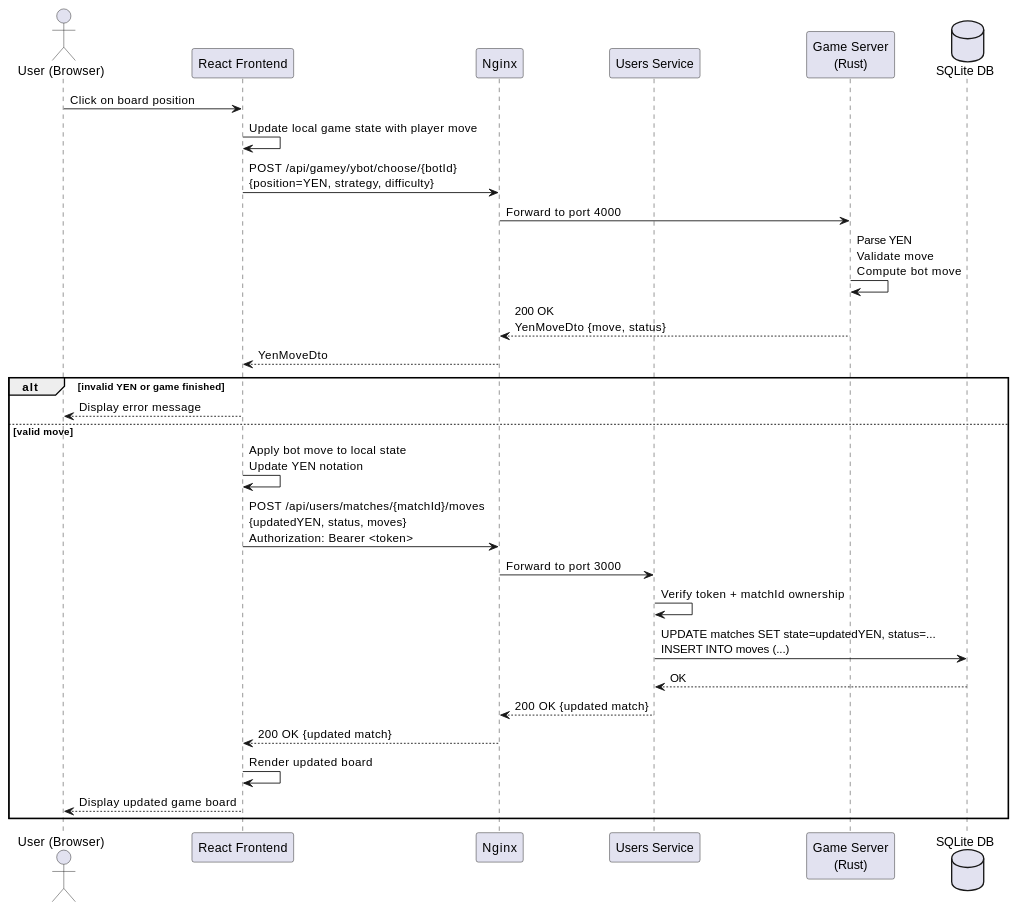
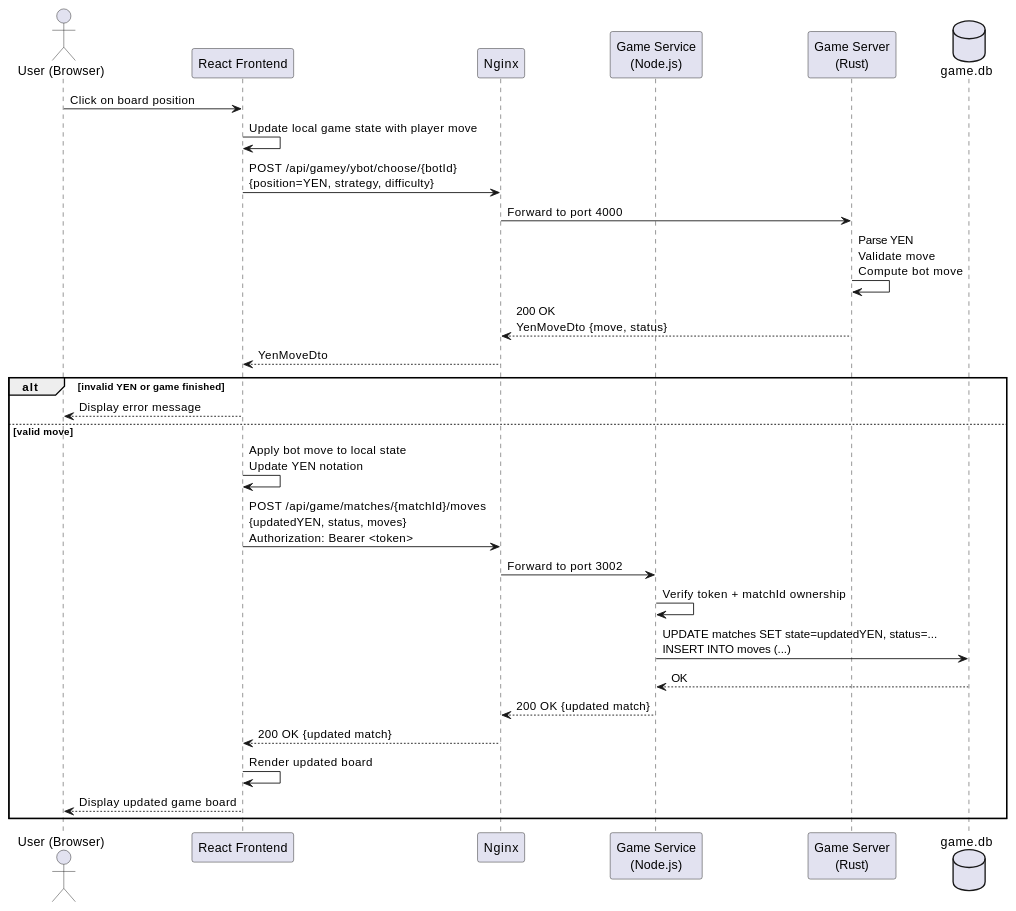
Before and after one commit to Arquisoft/yovi_es1c: the fourth of 6 diagrams in docs/src/06_runtime_view.adoc, drawn with PlantUML. The commit also changed other lines of this file and 11 other files, not shown here.

```diff
--- a/docs/src/06_runtime_view.adoc
+++ b/docs/src/06_runtime_view.adoc
@@ -112,37 +118,37 @@
 [plantuml, "runtime-human-move", png]
 ----
 actor "User (Browser)" as Human
 participant "React Frontend" as Frontend
 participant "Nginx" as Nginx
-participant "Users Service" as Users
+participant "Game Service\n(Node.js)" as GameService
 participant "Game Server\n(Rust)" as Engine
-database "SQLite DB" as DB
+database "game.db" as GameDB
 
 Human -> Frontend: Click on board position
 Frontend -> Frontend: Update local game state with player move
 
 ' 1) Request bot move from Game Server
 Frontend -> Nginx: POST /api/gamey/ybot/choose/{botId}\n{position=YEN, strategy, difficulty}
 Nginx -> Engine: Forward to port 4000
 Engine -> Engine: Parse YEN\nValidate move\nCompute bot move
 Engine --> Nginx: 200 OK\nYenMoveDto {move, status}
 Nginx --> Frontend: YenMoveDto
 
 alt invalid YEN or game finished
   Frontend --> Human: Display error message
 else valid move
   Frontend -> Frontend: Apply bot move to local state\nUpdate YEN notation
 
   ' 2) Persist updated match state
-  Frontend -> Nginx: POST /api/users/matches/{matchId}/moves\n{updatedYEN, status, moves}\nAuthorization: Bearer <token>
-  Nginx -> Users: Forward to port 3000
-  Users -> Users: Verify token + matchId ownership
-  Users -> DB: UPDATE matches SET state=updatedYEN, status=...\nINSERT INTO moves (...)
-  DB --> Users: OK
-  Users --> Nginx: 200 OK {updated match}
+  Frontend -> Nginx: POST /api/game/matches/{matchId}/moves\n{updatedYEN, status, moves}\nAuthorization: Bearer <token>
+  Nginx -> GameService: Forward to port 3002
+  GameService -> GameService: Verify token + matchId ownership
+  GameService -> GameDB: UPDATE matches SET state=updatedYEN, status=...\nINSERT INTO moves (...)
+  GameDB --> GameService: OK
+  GameService --> Nginx: 200 OK {updated match}
   Nginx --> Frontend: 200 OK {updated match}
 
   Frontend -> Frontend: Render updated board
   Frontend --> Human: Display updated game board
 end
 ----
```
